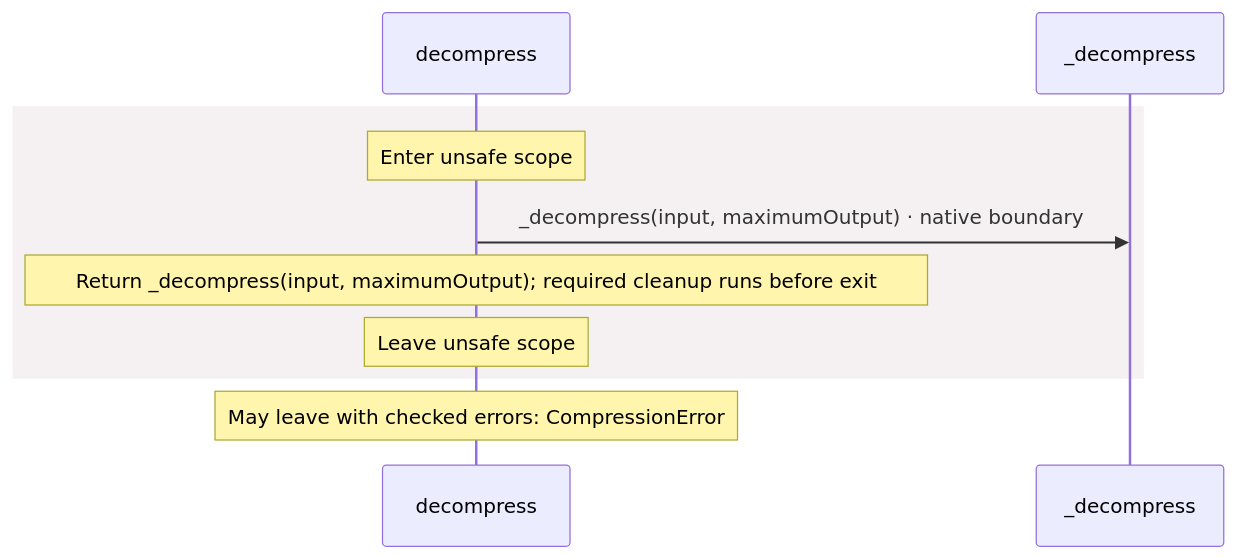
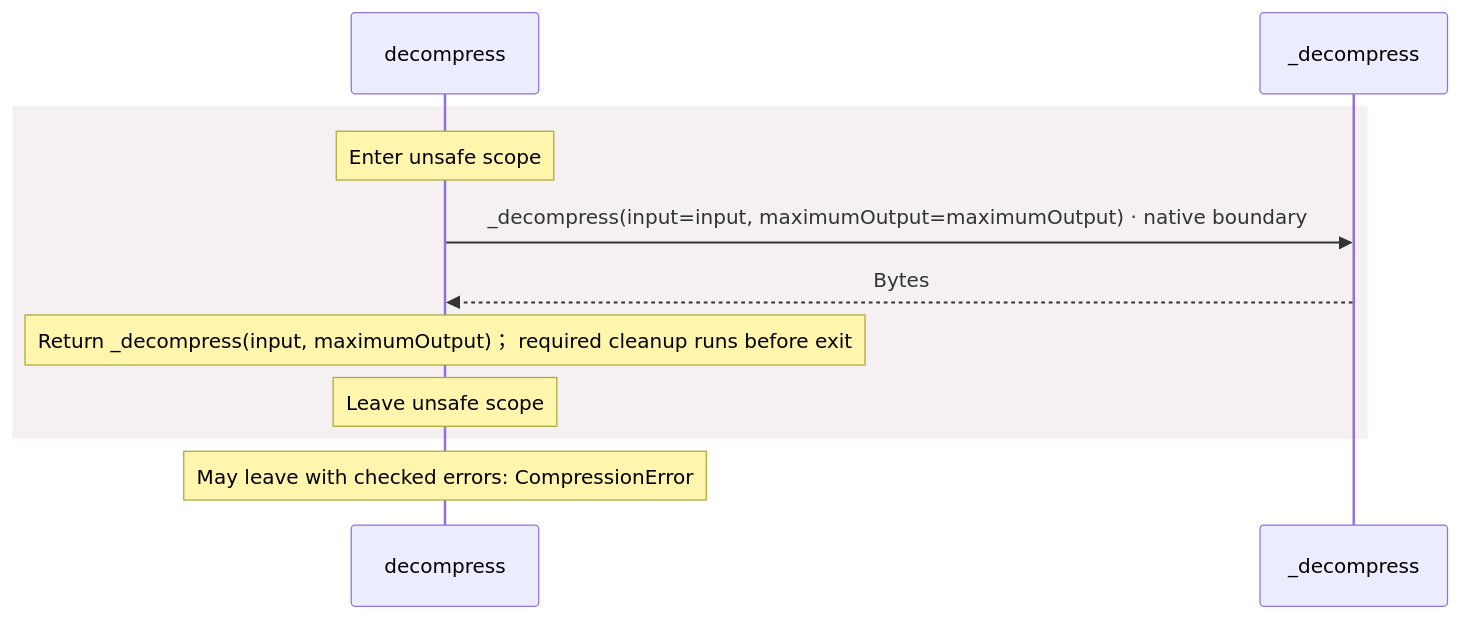
One commit to GreenPandaStudios/augscript changed the third of 3 diagrams in docs/examples/native-zlib/dependencies/packages/@greenpandastudios/aug-zlib/0.1.5/api-diagrams.md. Above: the diagram before and after it, drawn with Mermaid. The commit also changed other lines of this file and 524 other files, not shown here.

Commit message:
Explain checked data flow at folder and service levels

````diff
--- a/docs/examples/native-zlib/dependencies/packages/@greenpandastudios/aug-zlib/0.1.5/api-diagrams.md
+++ b/docs/examples/native-zlib/dependencies/packages/@greenpandastudios/aug-zlib/0.1.5/api-diagrams.md
@@ -90,12 +78,13 @@
 ```mermaid
 sequenceDiagram
     participant p0 as decompress
     participant p1 as _decompress
     rect rgb(245, 240, 241)
     Note over p0: Enter unsafe scope
-    p0->>p1: _decompress(input, maximumOutput) · native boundary
-    Note over p0: Return _decompress(input, maximumOutput)#59; required cleanup runs before exit
+    p0->>p1: _decompress(input=input, maximumOutput=maximumOutput) · native boundary
+    p1-->>p0: Bytes
+    Note over p0: Return _decompress(input, maximumOutput)； required cleanup runs before exit
     Note over p0: Leave unsafe scope
     end
     Note over p0: May leave with checked errors: CompressionError
 ```
````
